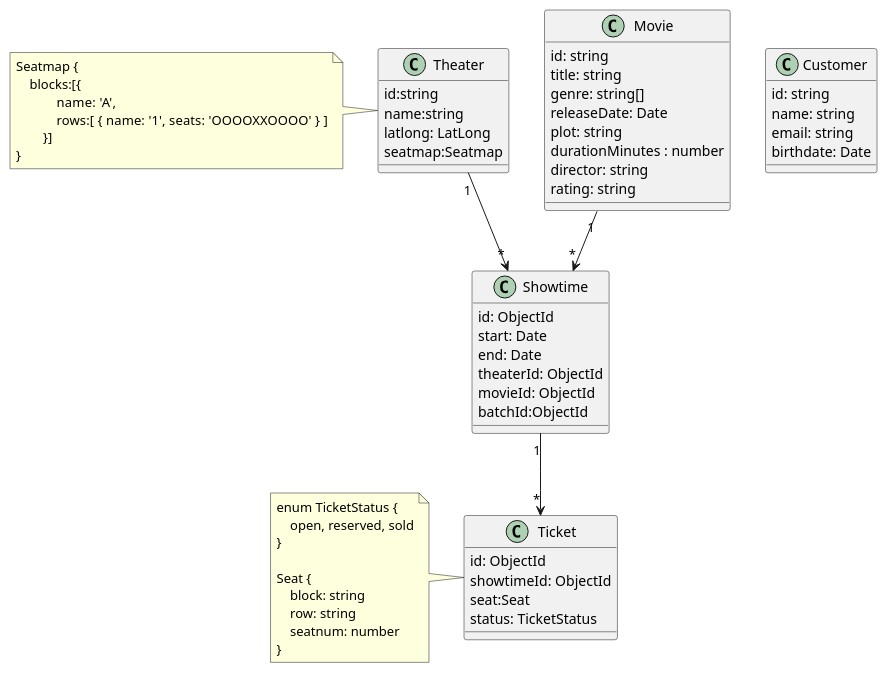
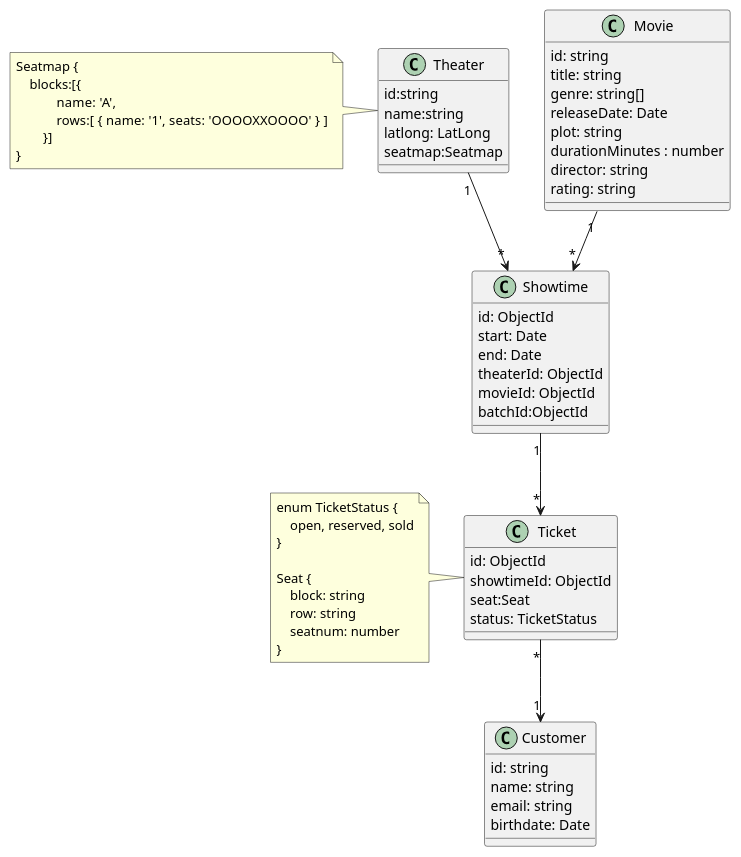
Before and after one commit to songminkyu/nest-msa: the diagram in docs/ko/designs/entities.md, drawn with PlantUML. The commit also changed other lines of this file and 1 other file, not shown here.

````diff
--- a/docs/ko/designs/entities.md
+++ b/docs/ko/designs/entities.md
@@ -15,68 +3,69 @@
 ```plantuml
 @startuml
 class Customer {
     id: string
     name: string
     email: string
     birthdate: Date
 }
 
 class Movie {
     id: string
     title: string
     genre: string[]
     releaseDate: Date
     plot: string
     durationMinutes : number
     director: string
     rating: string
 }
 
 class Theater{
     id:string
     name:string
     latlong: LatLong
     seatmap:Seatmap
 }
 note left
 Seatmap {
     blocks:[{
             name: 'A',
             rows:[ {  name: '1', seats: 'OOOOXXOOOO' } ]
         }]
 }
 end note
 
 class Showtime {
     id: ObjectId
     start: Date
     end: Date
     theaterId: ObjectId
     movieId: ObjectId
     batchId:ObjectId
 }
 
 class Ticket {
     id: ObjectId
     showtimeId: ObjectId
     seat:Seat
     status: TicketStatus
 }
 
 note left
 enum TicketStatus {
     open, reserved, sold
 }
 
 Seat {
     block: string
     row: string
     seatnum: number
 }
 end note
 
 Showtime "1" --> "*" Ticket
 Movie "1" --> "*" Showtime
 Theater "1" --> "*" Showtime
+Ticket "*" --> "1" Customer
 @enduml
 ```
````
